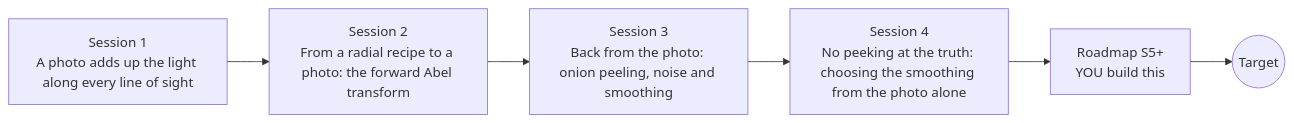
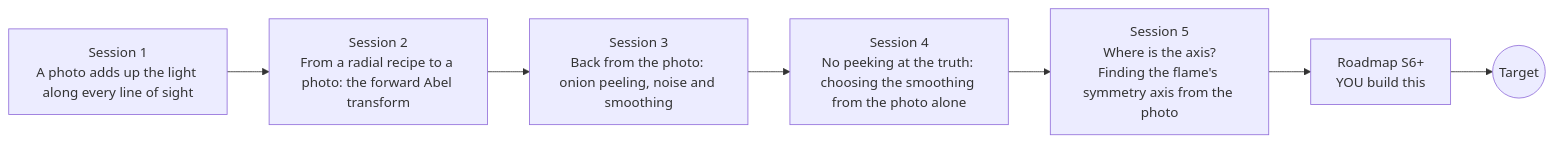
One commit to KrunalPanchal1995/openabel changed the diagram in README.md. Above: the diagram before and after it, drawn with Mermaid. The commit also changed other lines of this file and 17 other files, not shown here.

First line of the commit message:
Add Session 5: find the flame axis (centroid and mirror matching, inversion with both halves)

````diff
--- a/README.md
+++ b/README.md
@@ -90,10 +91,11 @@
 ```mermaid
 flowchart LR
   S1[Session 1<br/>A photo adds up the light along every line of sight]
   S2[Session 2<br/>From a radial recipe to a photo: the forward Abel transform]
   S3[Session 3<br/>Back from the photo: onion peeling, noise and smoothing]
   S4[Session 4<br/>No peeking at the truth: choosing the smoothing from the photo alone]
-  R[Roadmap S5+<br/>YOU build this]
+  S5[Session 5<br/>Where is the axis?<br/>Finding the flame's symmetry axis from the photo]
+  R[Roadmap S6+<br/>YOU build this]
   T((Target))
-  S1 --> S2 --> S3 --> S4 --> R --> T
+  S1 --> S2 --> S3 --> S4 --> S5 --> R --> T
 ```
````
